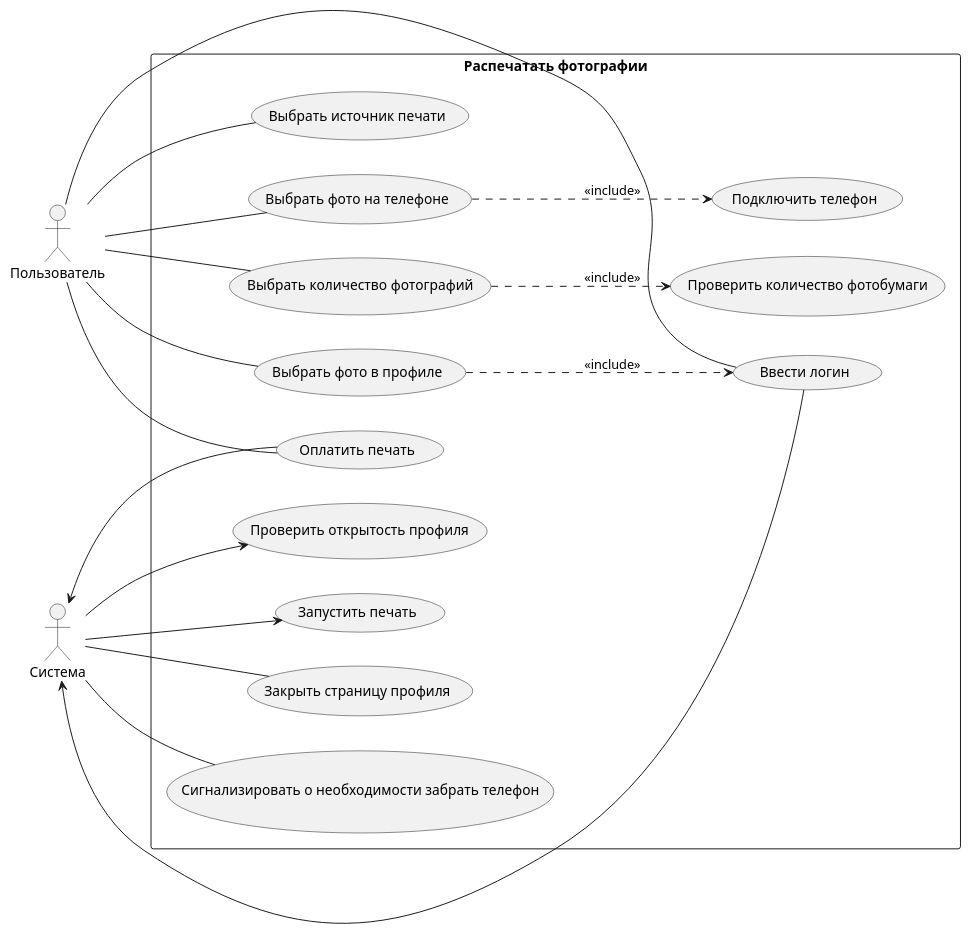
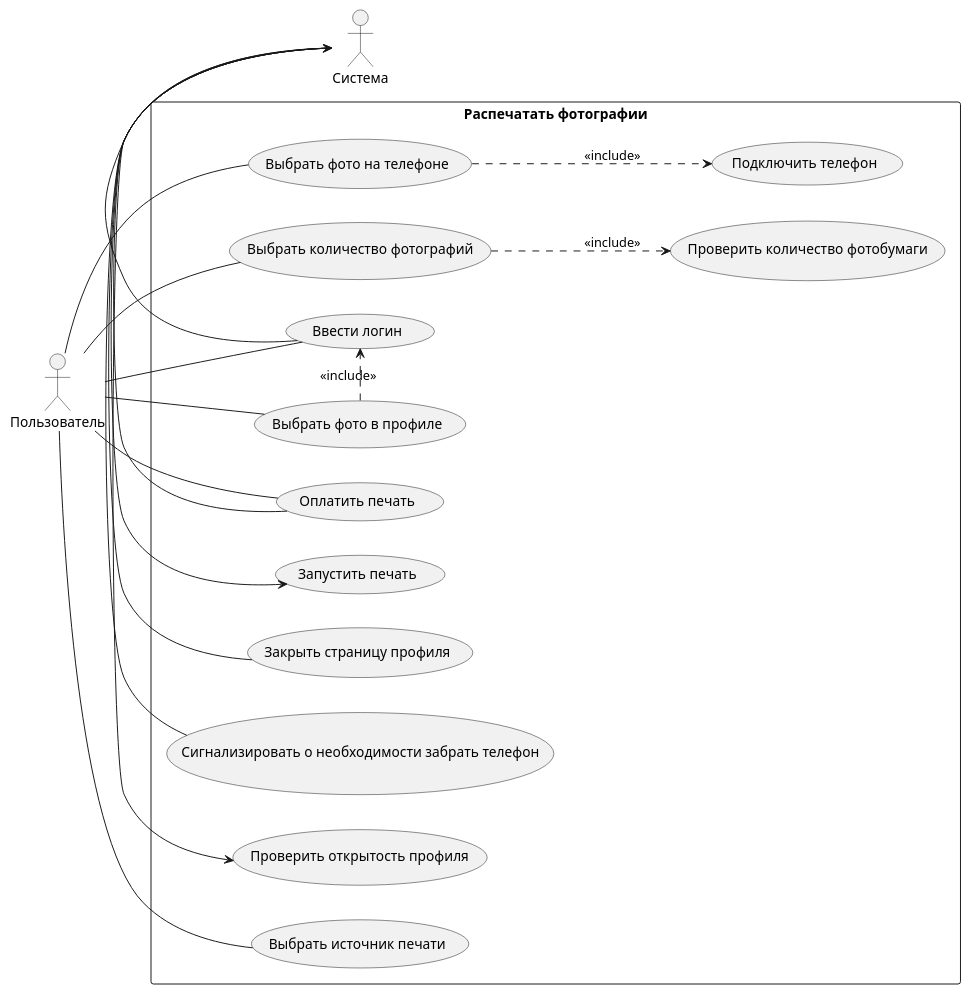
One commit to PopkovAYu/Notes changed the diagram in Notes/Системная аналитика/Курсы от нетологии/Раздел 3. Анализ требований/Итоговая работа по модулю.md. Above: the diagram before and after it, drawn with PlantUML.

Commit message:
vault backup: 2024-04-26 11:02:34
Affected files:
Notes/Системная аналитика/Курсы от нетологии/Раздел 3. Анализ требований/Итоговая работа по модулю.md

````diff
--- a/Notes/Системная аналитика/Курсы от нетологии/Раздел 3. Анализ требований/Итоговая работа по модулю.md
+++ b/Notes/Системная аналитика/Курсы от нетологии/Раздел 3. Анализ требований/Итоговая работа по модулю.md
@@ -72,26 +72,26 @@
 ```plantuml
 @startuml
 actor Пользователь as user
 actor Система as sys
 
 rectangle "Распечатать фотографии" {
 left to right direction
 	user -- (Выбрать источник печати)
+	user - (Выбрать фото на телефоне)
+	(Выбрать фото на телефоне) ..> (Подключить телефон) : <<include>>
+	user - (Выбрать количество фотографий)
+	(Выбрать количество фотографий) ..> (Проверить количество фотобумаги) : <<include>>
+	user - (Выбрать фото в профиле)
+	user - (Ввести логин)
 	sys --> (Проверить открытость профиля)
-	user -- (Выбрать фото на телефоне)
-	(Выбрать фото на телефоне) ..> (Подключить телефон) : <<include>>
-	user -- (Выбрать количество фотографий)
-	(Выбрать количество фотографий) ..> (Проверить количество фотобумаги) : <<include>>
-	user -- (Выбрать фото в профиле)
-	user -- (Ввести логин)
-	(Выбрать фото в профиле) ..> (Ввести логин) : <<include>>
+	(Выбрать фото в профиле) .> (Ввести логин) : <<include>>
 	(Ввести логин) --> sys
-	user -- (Оплатить печать)
-	(Оплатить печать) --> sys
-	sys --> (Запустить печать)
-	sys -- (Закрыть страницу профиля)
-	sys -- (Сигнализировать о необходимости забрать телефон)
+	user - (Оплатить печать)
+	(Оплатить печать) -> sys
+	sys -> (Запустить печать)
+	sys - (Закрыть страницу профиля)
+	sys - (Сигнализировать о необходимости забрать телефон)
 	
 }
 @enduml
 ```
````
